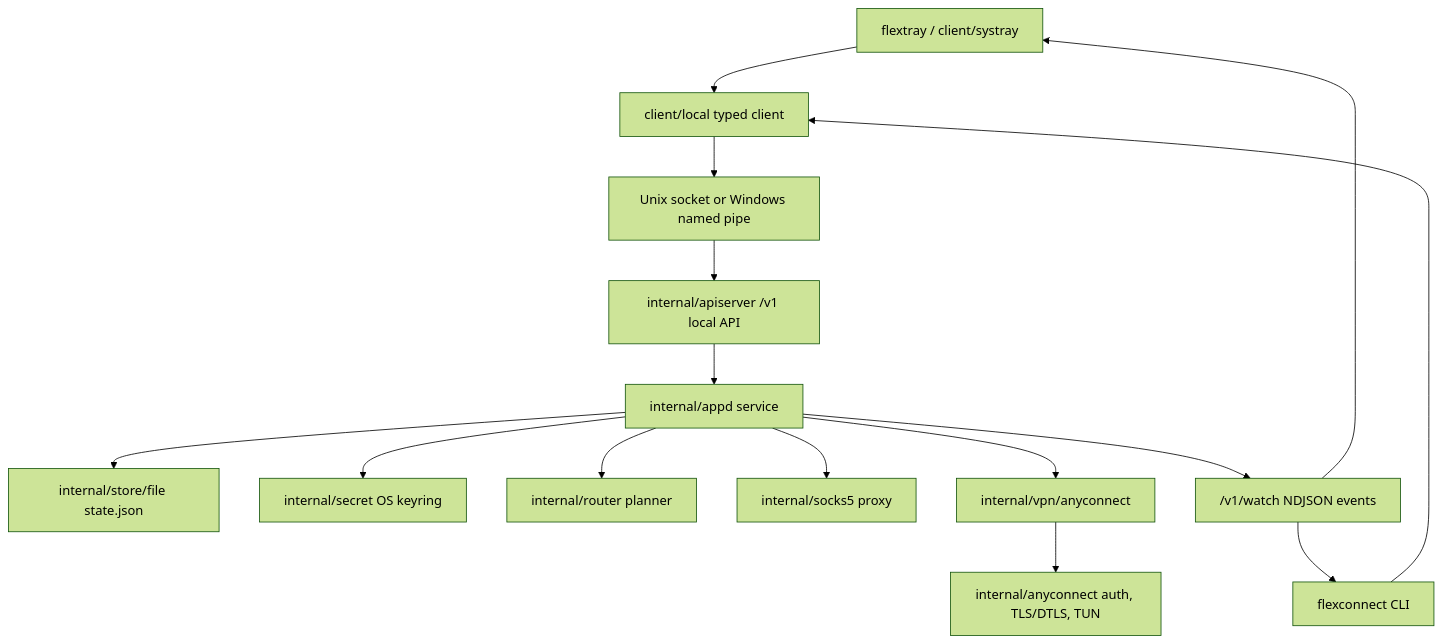
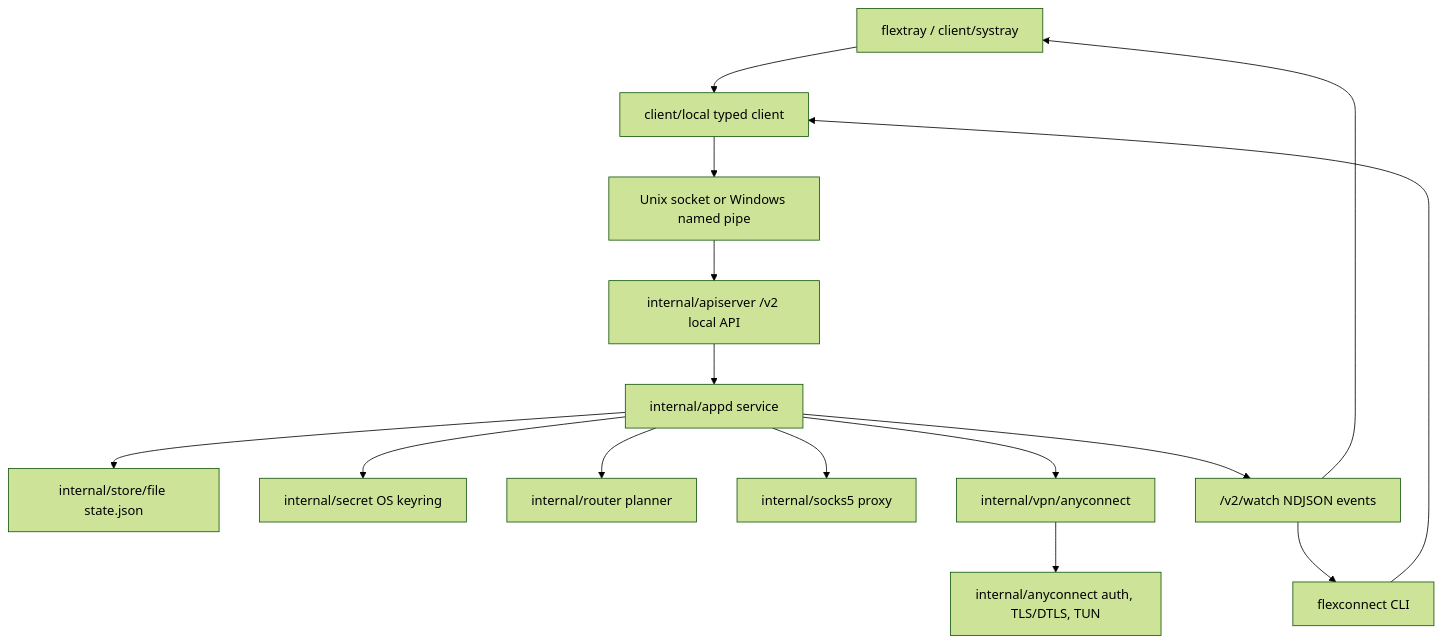
Before and after one commit to 2018wzh/FlexConnect: the diagram in AGENTS.md, drawn with Mermaid (forest theme). The commit also changed other lines of this file and 91 other files, not shown here.

````diff
--- a/AGENTS.md
+++ b/AGENTS.md
@@ -208,17 +190,17 @@
 ```mermaid
 flowchart TD
   Tray["flextray / client/systray"] --> LocalClient["client/local typed client"]
   CLI["flexconnect CLI"] --> LocalClient
   LocalClient --> IPC["Unix socket or Windows named pipe"]
-  IPC --> API["internal/apiserver /v1 local API"]
+  IPC --> API["internal/apiserver /v2 local API"]
   API --> Daemon["internal/appd service"]
   Daemon --> Store["internal/store/file state.json"]
   Daemon --> Secrets["internal/secret OS keyring"]
   Daemon --> Router["internal/router planner"]
   Daemon --> Socks["internal/socks5 proxy"]
   Daemon --> Backend["internal/vpn/anyconnect"]
   Backend --> AC["internal/anyconnect auth, TLS/DTLS, TUN"]
-  Daemon --> Watch["/v1/watch NDJSON events"]
+  Daemon --> Watch["/v2/watch NDJSON events"]
   Watch --> Tray
   Watch --> CLI
 ```
````
